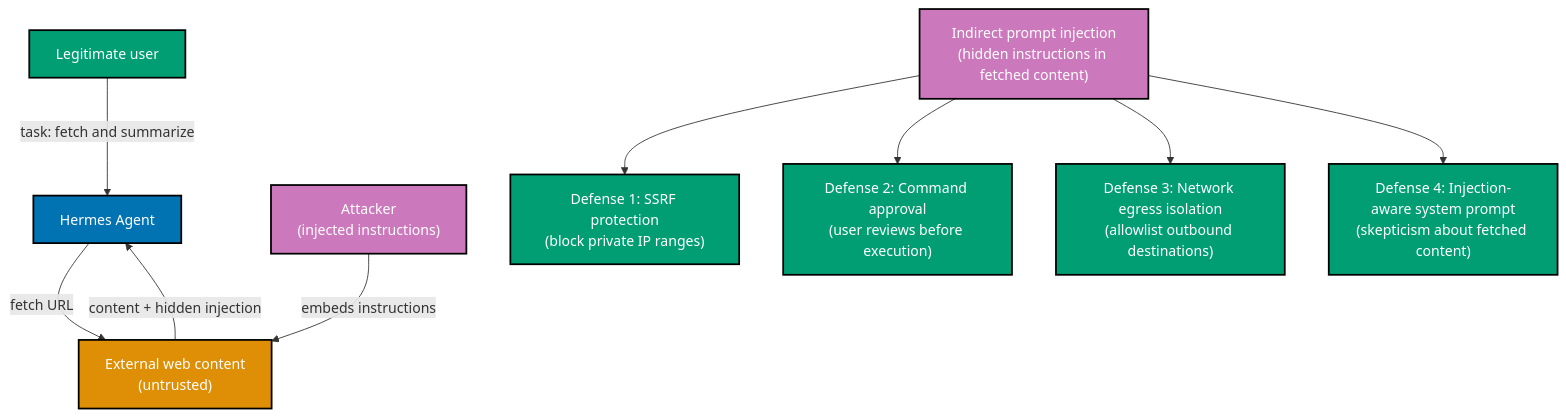
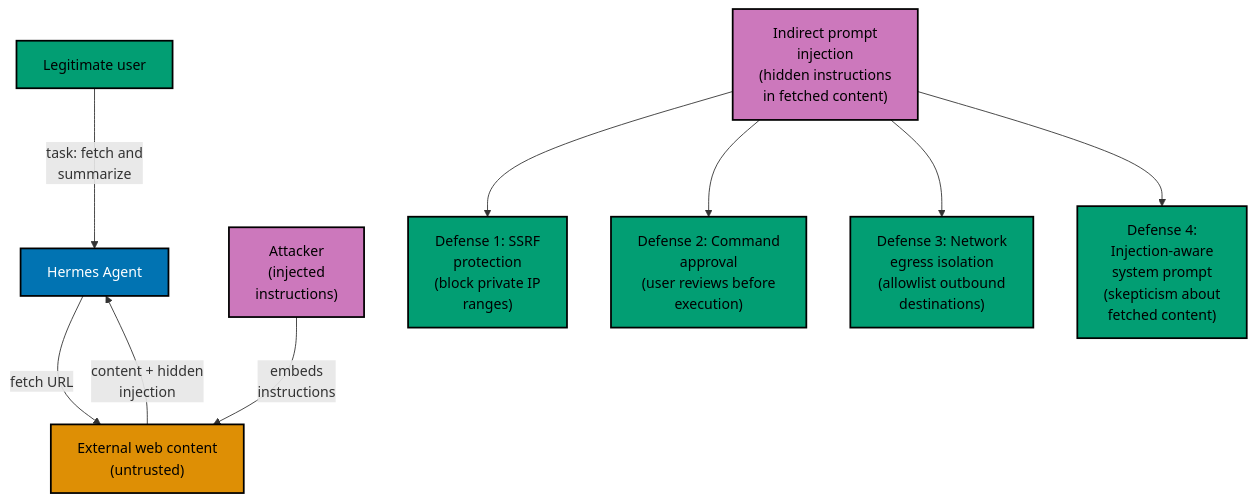
One commit to wahidyankf/ose-public changed the first of 2 diagrams in apps/ayokoding-www/content/en/learn/legacy/artificial-intelligence/tools/hermes-agent/by-concept/advanced.md. Above: the diagram before and after it, drawn with Mermaid. The commit also changed other lines of this file and 50 other files, not shown here.

First line of the commit message:
fix(mermaid): bring the docs, governance, plans, and legacy AI diagrams onto the accessible palette

````diff
--- a/apps/ayokoding-www/content/en/learn/legacy/artificial-intelligence/tools/hermes-agent/by-concept/advanced.md
+++ b/apps/ayokoding-www/content/en/learn/legacy/artificial-intelligence/tools/hermes-agent/by-concept/advanced.md
@@ -35,30 +35,33 @@
 ```mermaid
 %% Color Palette: Blue #0173B2, Orange #DE8F05, Teal #029E73, Purple #CC78BC, Brown #CA9161
 %% All colors are color-blind friendly and meet WCAG AA contrast standards
 
 graph TD
+    accTitle: Section 30: Security Deep Dive
+    accDescr: Graph with 9 nodes and 8 connections. Nodes: Legitimate user, Hermes Agent, External web content (untrusted), Attacker (injected instructions), Indirect prompt injection (hidden instructions in fetched content), Defense 1: SSRF protection (block private IP ranges), Defense 2: Command approval (user reviews before execution), Defense 3: Network egress isolation (allowlist outbound destinations), Defense 4: Injection-aware system prompt (skepticism about fetched content). Connections: Legitimate user to Hermes Agent (task: fetch and summarize), Hermes Agent to External web content (untrusted) (fetch URL), External web content (untrusted) to Hermes Agent (content + hidden injection), Attacker (injected instructions) to External web content (untrusted) (embeds instructions), Indirect prompt injection (hidden instructions in fetched content) to Defense 1: SSRF protection (block private IP ranges), Indirect prompt injection (hidden instructions in fetched content) to Defense 2: Command approval (user reviews before execution), Indirect prompt injection (hidden instructions in fetched content) to Defense 3: Network egress isolation (allowlist outbound destinations), Indirect prompt injection (hidden instructions in fetched content) to Defense 4: Injection-aware system prompt (skepticism about fetched content).
     USER["Legitimate user"]:::teal
     HERMES["Hermes Agent"]:::blue
     WEB["External web content<br/>(untrusted)"]:::orange
-    ATTACKER["Attacker<br/>(injected instructions)"]:::purple
+    ATTACKER["Attacker<br/>(injected<br/>instructions)"]:::purple
 
-    INJECTION["Indirect prompt injection<br/>(hidden instructions in fetched content)"]:::purple
-    DEFENSE1["Defense 1: SSRF protection<br/>(block private IP ranges)"]:::teal
-    DEFENSE2["Defense 2: Command approval<br/>(user reviews before execution)"]:::teal
-    DEFENSE3["Defense 3: Network egress isolation<br/>(allowlist outbound destinations)"]:::teal
-    DEFENSE4["Defense 4: Injection-aware system prompt<br/>(skepticism about fetched content)"]:::teal
+    INJECTION["Indirect prompt<br/>injection<br/>(hidden instructions<br/>in fetched content)"]:::purple
+    DEFENSE1["Defense 1: SSRF<br/>protection<br/>(block private IP<br/>ranges)"]:::teal
+    DEFENSE2["Defense 2: Command<br/>approval<br/>(user reviews before<br/>execution)"]:::teal
+    DEFENSE3["Defense 3: Network<br/>egress isolation<br/>(allowlist outbound<br/>destinations)"]:::teal
+    DEFENSE4["Defense 4:<br/>Injection-aware<br/>system prompt<br/>(skepticism about<br/>fetched content)"]:::teal
 
-    USER -->|"task: fetch and summarize"| HERMES
+    USER -->|"task: fetch and<br/>summarize"| HERMES
     HERMES -->|"fetch URL"| WEB
-    WEB -->|"content + hidden injection"| HERMES
-    ATTACKER -->|"embeds instructions"| WEB
+    WEB -->|"content + hidden<br/>injection"| HERMES
+    ATTACKER -->|"embeds<br/>instructions"| WEB
     INJECTION --> DEFENSE1
     INJECTION --> DEFENSE2
     INJECTION --> DEFENSE3
     INJECTION --> DEFENSE4
 
-    classDef teal fill:#029E73,stroke:#000000,color:#FFFFFF,stroke-width:2px
+    classDef teal fill:#029E73,stroke:#000000,color:#000000,stroke-width:2px
     classDef blue fill:#0173B2,stroke:#000000,color:#FFFFFF,stroke-width:2px
-    classDef orange fill:#DE8F05,stroke:#000000,color:#FFFFFF,stroke-width:2px
-    classDef purple fill:#CC78BC,stroke:#000000,color:#FFFFFF,stroke-width:2px
+    classDef orange fill:#DE8F05,stroke:#000000,color:#000000,stroke-width:2px
+    classDef purple fill:#CC78BC,stroke:#000000,color:#000000,stroke-width:2px
+    classDef default fill:#FFFFFF,stroke:#000000,color:#000000
 ```
````
